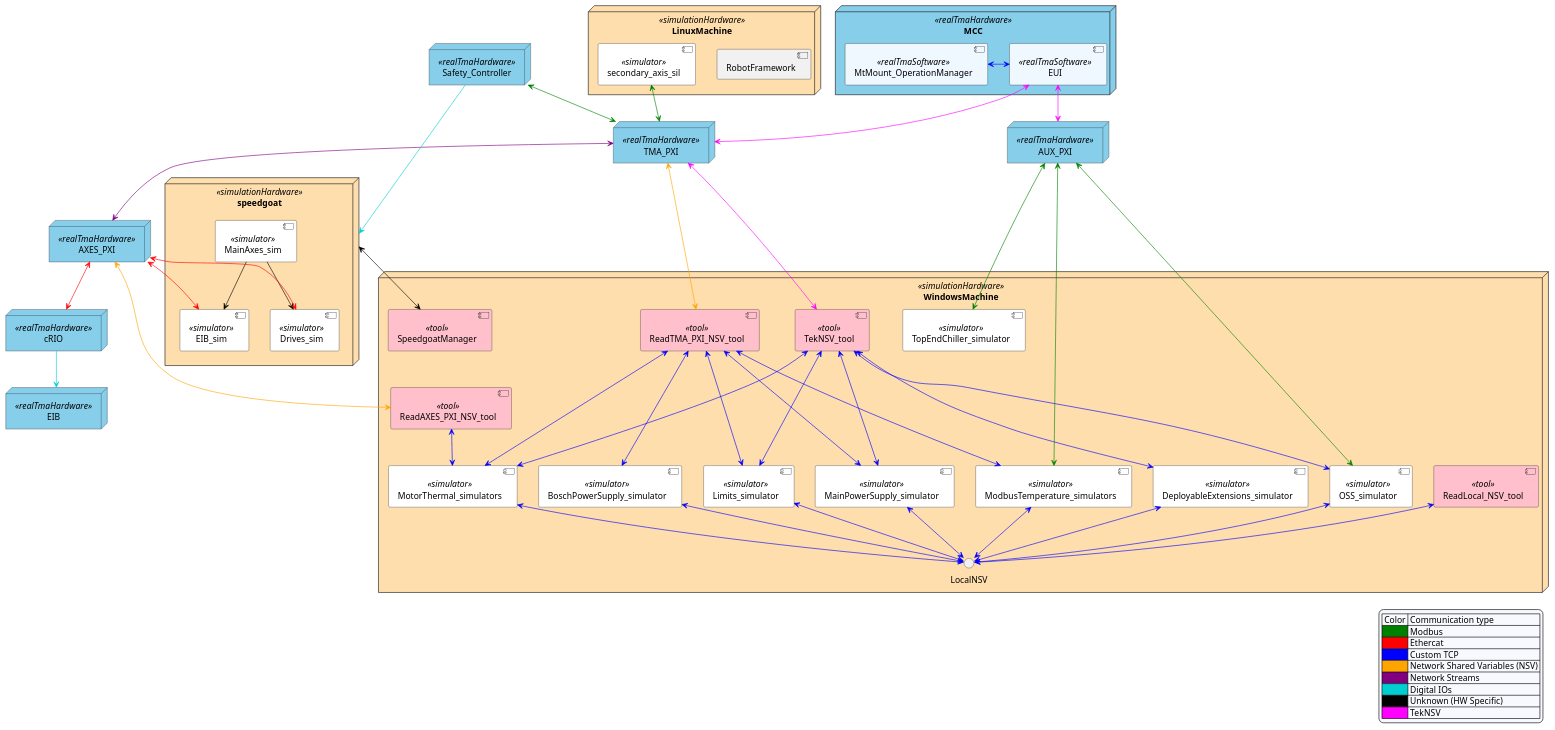
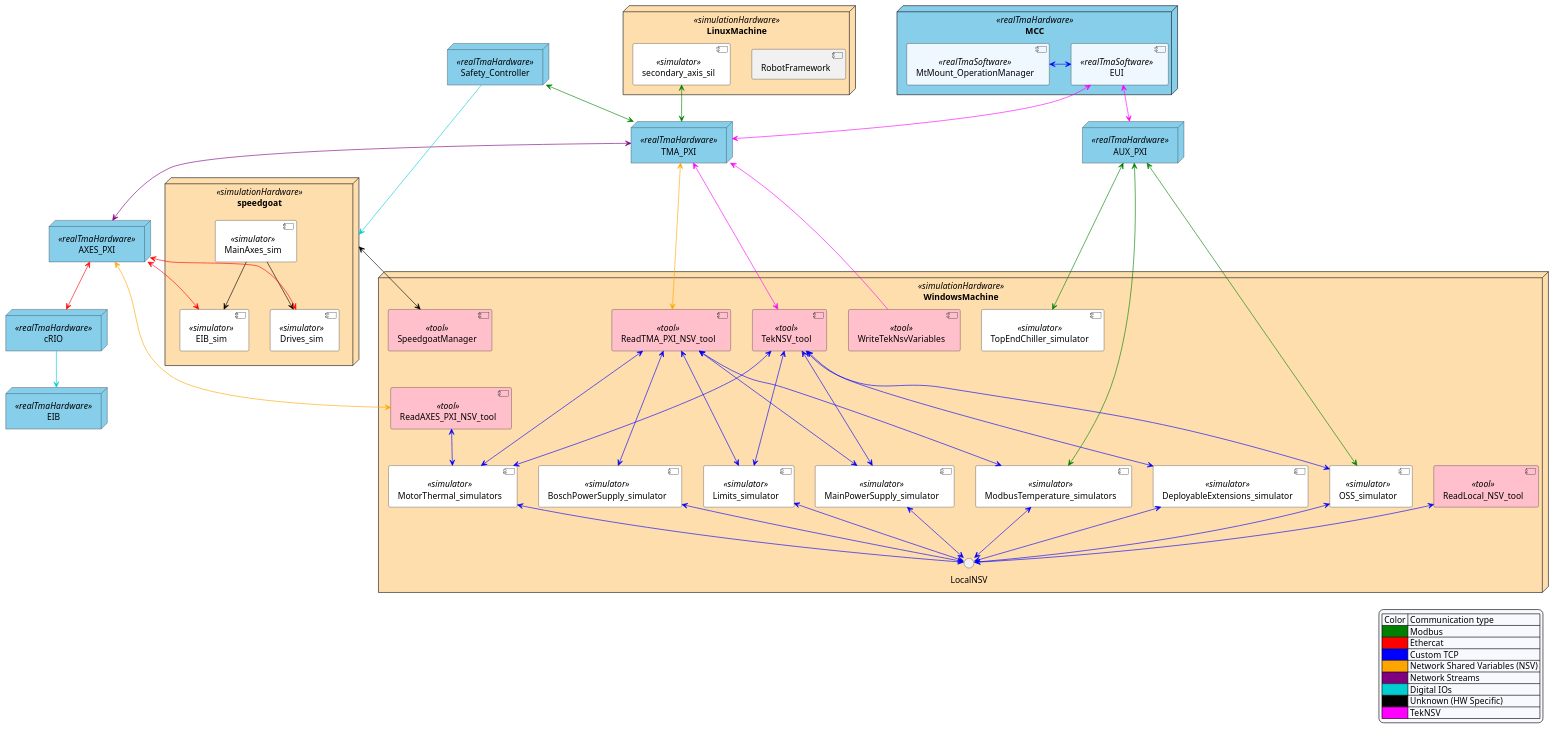
Before and after one commit to lsst-ts/ts_tma: the first of 11 diagrams in docs/ats_tekniker/ATS_SoftwareDocument.md, drawn with PlantUML. The commit also changed other lines of this file, not shown here.

Commit message:
feat: add documentation for WriteTekNsvVariables tool

```diff
--- a/docs/ats_tekniker/ATS_SoftwareDocument.md
+++ b/docs/ats_tekniker/ATS_SoftwareDocument.md
@@ -104,6 +104,7 @@
   component OSS_simulator <<simulator>>
   component SpeedgoatManager <<tool>>
   component TopEndChiller_simulator <<simulator>>
+  component WriteTekNsvVariables <<tool>>
 
   LocalNSV <-u[#Blue]-> ReadLocal_NSV_tool
   LocalNSV <-u[#Blue]-> BoschPowerSupply_simulator
@@ -138,6 +139,7 @@
 
 TMA_PXI <-[#Fuchsia]u-> EUI
 TMA_PXI <-[#Fuchsia]-> TekNSV_tool
+TMA_PXI <-[#Fuchsia]- WriteTekNsvVariables
 AUX_PXI <-[#Fuchsia]u-> EUI
 TMA_PXI <-[#Purple]-> AXES_PXI
 TMA_PXI <-[#Orange]-> ReadTMA_PXI_NSV_tool
```
